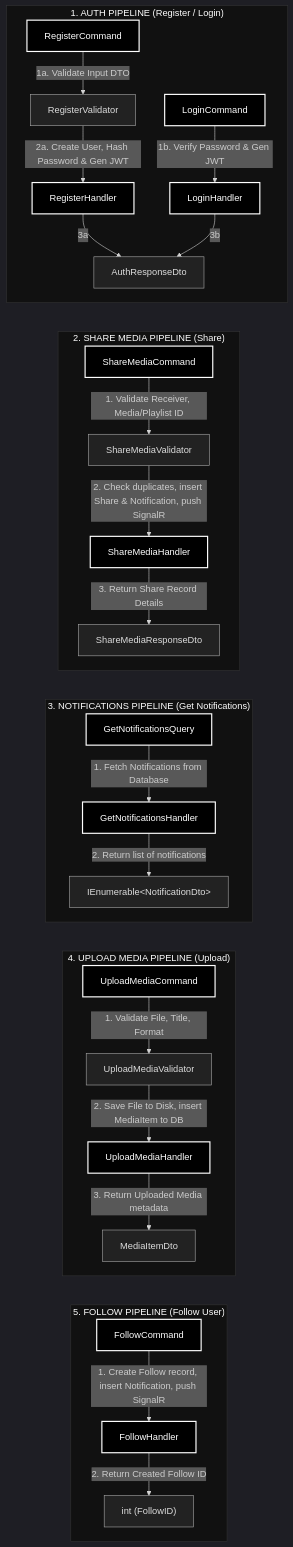
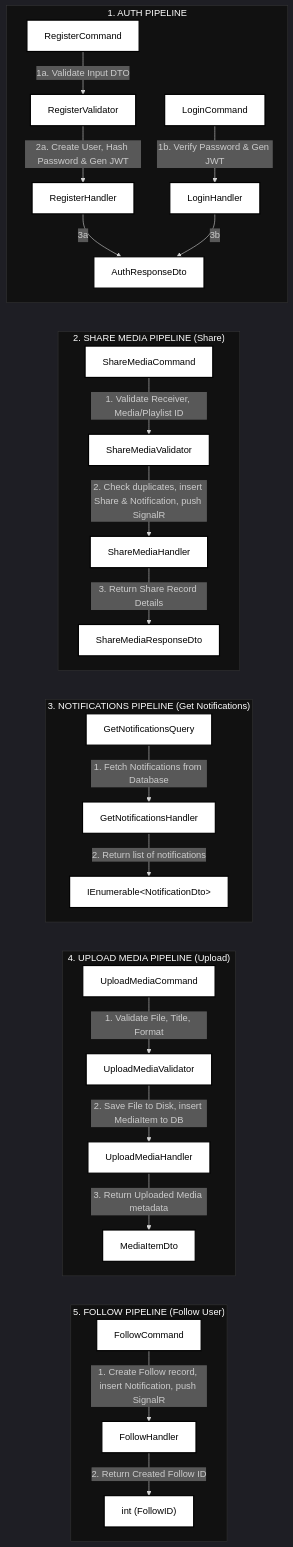
Before and after one commit to winnterrne/CSharp: the diagram in Backend/pipeline_box.mmd, drawn with Mermaid. The commit also changed 2 other files, not shown here.

Commit message:
docs: simplify auth pipeline subgraph title and make all rectangles white fill with black borders

```diff
--- a/Backend/pipeline_box.mmd
+++ b/Backend/pipeline_box.mmd
@@ -1,70 +1,70 @@
 %%{init: {'theme': 'dark'}}%%
 graph TD
-    subgraph auth ["1. AUTH PIPELINE (Register / Login)"]
+    subgraph auth ["1. AUTH PIPELINE"]
         RC[RegisterCommand] -->|1a. Validate Input DTO| RV[RegisterValidator]
         RV -->|2a. Create User, Hash Password & Gen JWT| RH[RegisterHandler]
         
         LC[LoginCommand] -->|1b. Verify Password & Gen JWT| LH[LoginHandler]
         
         RH -->|3a| RD[AuthResponseDto]
         LH -->|3b| RD
     end
 
     subgraph share ["2. SHARE MEDIA PIPELINE (Share)"]
         SC[ShareMediaCommand] -->|1. Validate Receiver, Media/Playlist ID| SV[ShareMediaValidator]
         SV -->|2. Check duplicates, insert Share & Notification, push SignalR| SH[ShareMediaHandler]
         SH -->|3. Return Share Record Details| SD[ShareMediaResponseDto]
     end
 
     subgraph notifications ["3. NOTIFICATIONS PIPELINE (Get Notifications)"]
         NC[GetNotificationsQuery] -->|1. Fetch Notifications from Database| NH[GetNotificationsHandler]
         NH -->|2. Return list of notifications| ND["IEnumerable&lt;NotificationDto&gt;"]
     end
 
     subgraph upload ["4. UPLOAD MEDIA PIPELINE (Upload)"]
         UC[UploadMediaCommand] -->|1. Validate File, Title, Format| UV[UploadMediaValidator]
         UV -->|2. Save File to Disk, insert MediaItem to DB| UH[UploadMediaHandler]
         UH -->|3. Return Uploaded Media metadata| UD[MediaItemDto]
     end
 
     subgraph follow ["5. FOLLOW PIPELINE (Follow User)"]
         FC[FollowCommand] -->|1. Create Follow record, insert Notification, push SignalR| FH[FollowHandler]
         FH -->|2. Return Created Follow ID| FD["int (FollowID)"]
     end
 
     %% Invisible links to force vertical stacking in correct order (1, 2, 3, 4, 5)
     RD ~~~ SC
     SD ~~~ NC
     ND ~~~ UC
     UD ~~~ FC
 
     style auth fill:#111111,stroke:#333333,stroke-width:1px,color:#ffffff
     style share fill:#111111,stroke:#333333,stroke-width:1px,color:#ffffff
     style notifications fill:#111111,stroke:#333333,stroke-width:1px,color:#ffffff
     style upload fill:#111111,stroke:#333333,stroke-width:1px,color:#ffffff
     style follow fill:#111111,stroke:#333333,stroke-width:1px,color:#ffffff
 
-    style RC fill:#000000,stroke:#ffffff,stroke-width:2px,color:#ffffff
-    style RV fill:#222222,stroke:#aaaaaa,stroke-width:1px,color:#dddddd
-    style RH fill:#000000,stroke:#ffffff,stroke-width:2px,color:#ffffff
-    style LC fill:#000000,stroke:#ffffff,stroke-width:2px,color:#ffffff
-    style LH fill:#000000,stroke:#ffffff,stroke-width:2px,color:#ffffff
-    style RD fill:#222222,stroke:#aaaaaa,stroke-width:1px,color:#dddddd
+    style RC fill:#ffffff,stroke:#000000,stroke-width:2px,color:#000000
+    style RV fill:#ffffff,stroke:#000000,stroke-width:2px,color:#000000
+    style RH fill:#ffffff,stroke:#000000,stroke-width:2px,color:#000000
+    style LC fill:#ffffff,stroke:#000000,stroke-width:2px,color:#000000
+    style LH fill:#ffffff,stroke:#000000,stroke-width:2px,color:#000000
+    style RD fill:#ffffff,stroke:#000000,stroke-width:2px,color:#000000
 
-    style SC fill:#000000,stroke:#ffffff,stroke-width:2px,color:#ffffff
-    style SV fill:#222222,stroke:#aaaaaa,stroke-width:1px,color:#dddddd
-    style SH fill:#000000,stroke:#ffffff,stroke-width:2px,color:#ffffff
-    style SD fill:#222222,stroke:#aaaaaa,stroke-width:1px,color:#dddddd
+    style SC fill:#ffffff,stroke:#000000,stroke-width:2px,color:#000000
+    style SV fill:#ffffff,stroke:#000000,stroke-width:2px,color:#000000
+    style SH fill:#ffffff,stroke:#000000,stroke-width:2px,color:#000000
+    style SD fill:#ffffff,stroke:#000000,stroke-width:2px,color:#000000
 
-    style NC fill:#000000,stroke:#ffffff,stroke-width:2px,color:#ffffff
-    style NH fill:#000000,stroke:#ffffff,stroke-width:2px,color:#ffffff
-    style ND fill:#222222,stroke:#aaaaaa,stroke-width:1px,color:#dddddd
+    style NC fill:#ffffff,stroke:#000000,stroke-width:2px,color:#000000
+    style NH fill:#ffffff,stroke:#000000,stroke-width:2px,color:#000000
+    style ND fill:#ffffff,stroke:#000000,stroke-width:2px,color:#000000
 
-    style UC fill:#000000,stroke:#ffffff,stroke-width:2px,color:#ffffff
-    style UV fill:#222222,stroke:#aaaaaa,stroke-width:1px,color:#dddddd
-    style UH fill:#000000,stroke:#ffffff,stroke-width:2px,color:#ffffff
-    style UD fill:#222222,stroke:#aaaaaa,stroke-width:1px,color:#dddddd
+    style UC fill:#ffffff,stroke:#000000,stroke-width:2px,color:#000000
+    style UV fill:#ffffff,stroke:#000000,stroke-width:2px,color:#000000
+    style UH fill:#ffffff,stroke:#000000,stroke-width:2px,color:#000000
+    style UD fill:#ffffff,stroke:#000000,stroke-width:2px,color:#000000
 
-    style FC fill:#000000,stroke:#ffffff,stroke-width:2px,color:#ffffff
-    style FH fill:#000000,stroke:#ffffff,stroke-width:2px,color:#ffffff
-    style FD fill:#222222,stroke:#aaaaaa,stroke-width:1px,color:#dddddd
+    style FC fill:#ffffff,stroke:#000000,stroke-width:2px,color:#000000
+    style FH fill:#ffffff,stroke:#000000,stroke-width:2px,color:#000000
+    style FD fill:#ffffff,stroke:#000000,stroke-width:2px,color:#000000
```
